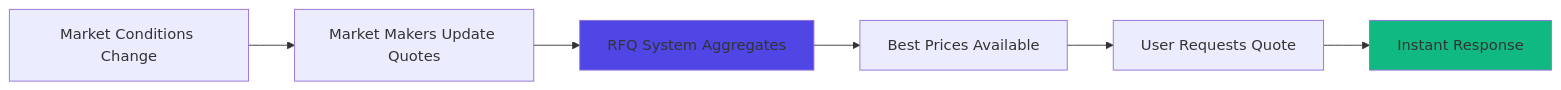
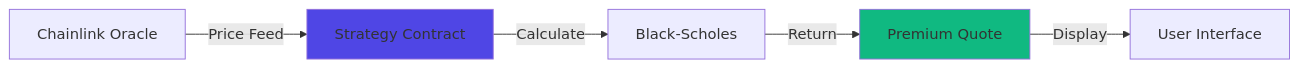
The diagram in landing/docs/hedge/pricing-models.md (Mega-Fi/megafi-docs), drawn with Mermaid before and after one commit. The commit also changed other lines of this file and 7 other files, not shown here.

````diff
--- a/landing/docs/hedge/pricing-models.md
+++ b/landing/docs/hedge/pricing-models.md
@@ -294,11 +198,10 @@
 ```mermaid
 graph LR
-    A[Market Conditions Change] --> B[Market Makers Update Quotes]
-    B --> C[RFQ System Aggregates]
-    C --> D[Best Prices Available]
-    D --> E[User Requests Quote]
-    E --> F[Instant Response]
+    A[Chainlink Oracle] -->|Price Feed| B[Strategy Contract]
+    B -->|Calculate| C[Black-Scholes]
+    C -->|Return| D[Premium Quote]
+    D -->|Display| E[User Interface]
     
-    style C fill:#4F46E5
-    style F fill:#10B981
+    style B fill:#4F46E5
+    style D fill:#10B981
 ```
````
